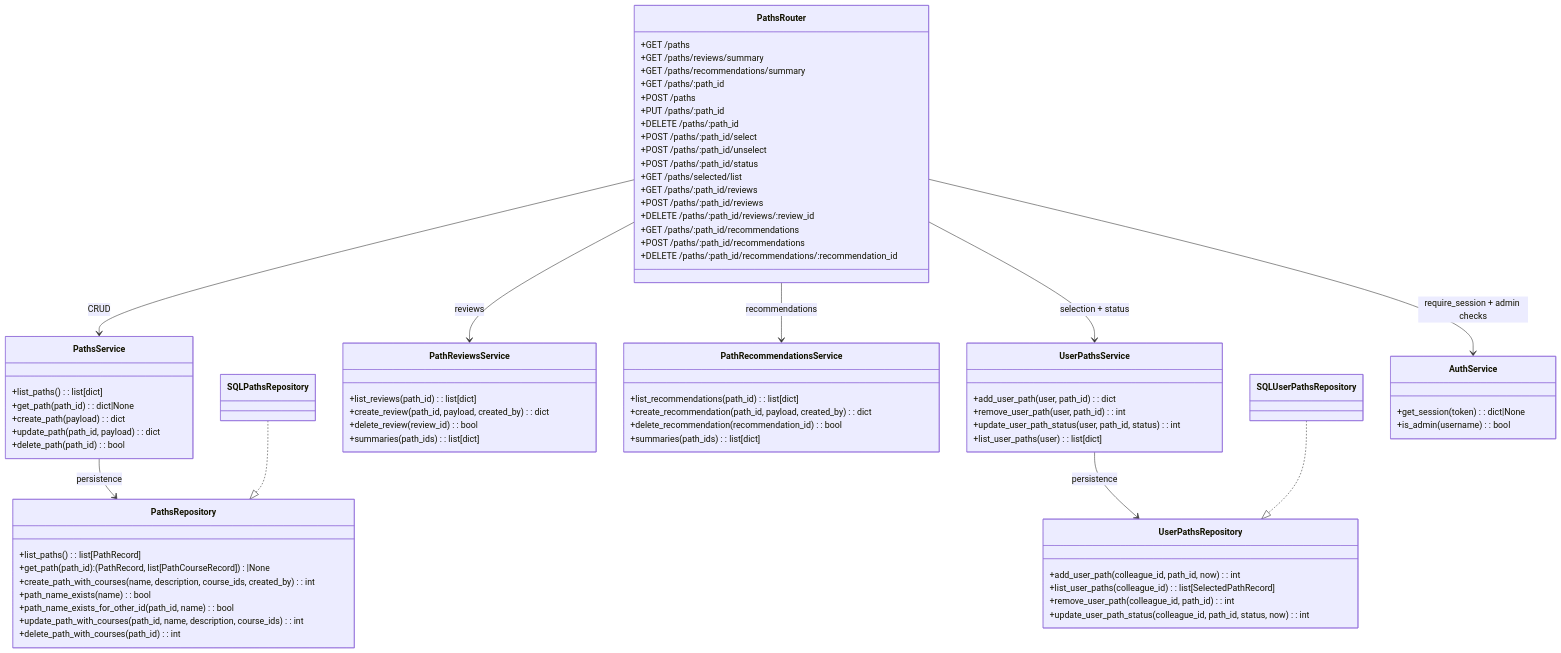
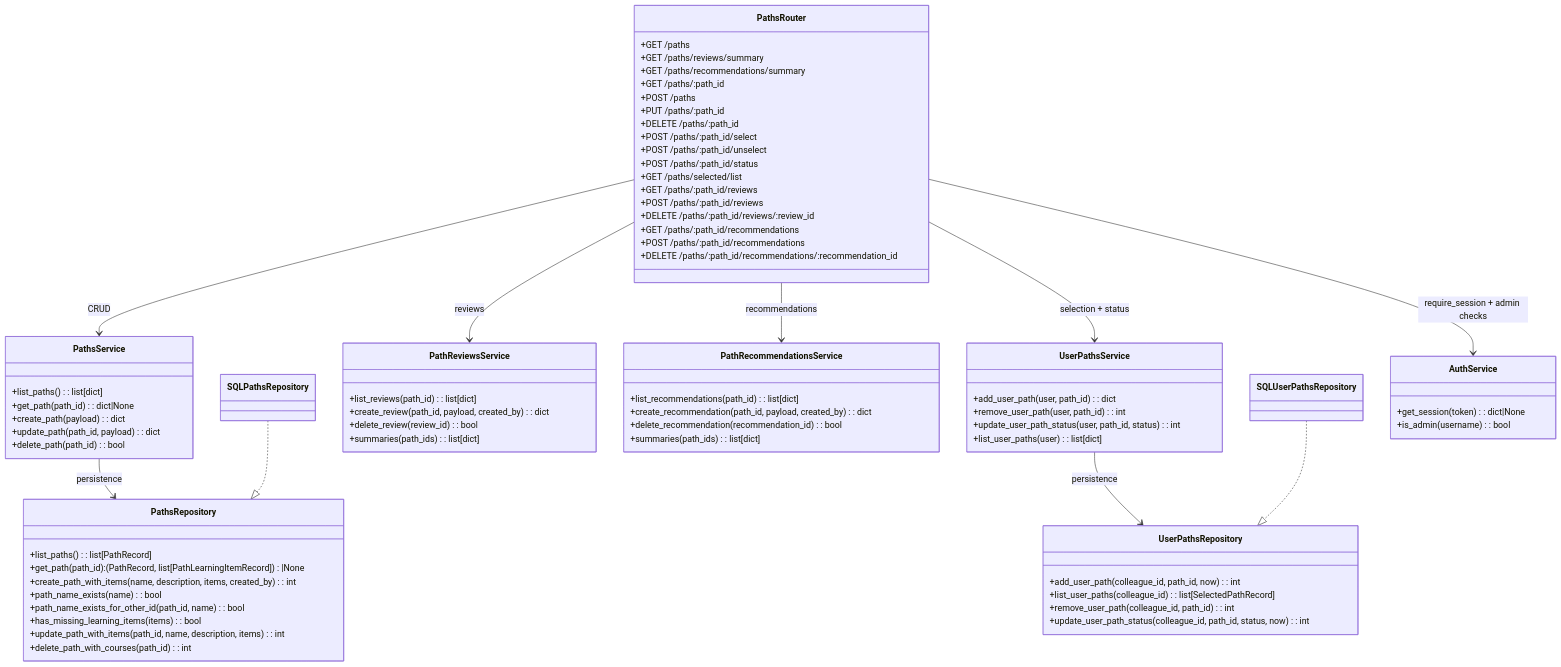
Before and after one commit to JustinMelger/Upstream: the ninth of 16 diagrams in docs/architecture_backend.md, drawn with Mermaid. The commit also changed other lines of this file and 73 other files, not shown here.

```diff
--- a/docs/architecture_backend.md
+++ b/docs/architecture_backend.md
@@ -533,11 +535,12 @@
 
   class PathsRepository {
     +list_paths(): list[PathRecord]
-    +get_path(path_id): (PathRecord, list[PathCourseRecord])|None
-    +create_path_with_courses(name, description, course_ids, created_by): int
+    +get_path(path_id): (PathRecord, list[PathLearningItemRecord])|None
+    +create_path_with_items(name, description, items, created_by): int
     +path_name_exists(name): bool
     +path_name_exists_for_other_id(path_id, name): bool
-    +update_path_with_courses(path_id, name, description, course_ids): int
+    +has_missing_learning_items(items): bool
+    +update_path_with_items(path_id, name, description, items): int
     +delete_path_with_courses(path_id): int
   }
 
```
